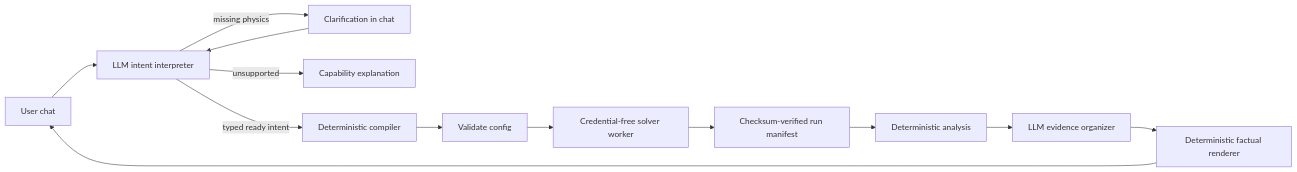
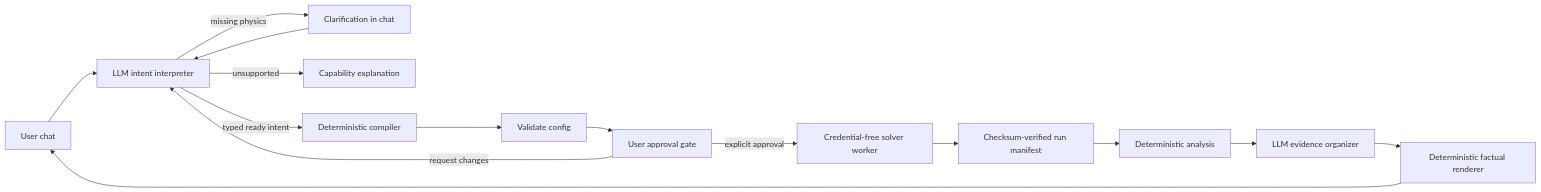
Before and after one commit to cdev911/AgenticTopologyOptimization: the diagram in README.md, drawn with Mermaid. The commit also changed other lines of this file and 16 other files, not shown here.

Commit message:
fix: require approval before solver runs

````diff
--- a/README.md
+++ b/README.md
@@ -44,15 +46,17 @@
 ```mermaid
 flowchart LR
     U[User chat] --> I[LLM intent interpreter]
     I -->|missing physics| C[Clarification in chat]
     C --> I
     I -->|unsupported| X[Capability explanation]
     I -->|typed ready intent| D[Deterministic compiler]
     D --> V[Validate config]
-    V --> R[Credential-free solver worker]
+    V --> Q[User approval gate]
+    Q -->|request changes| I
+    Q -->|explicit approval| R[Credential-free solver worker]
     R --> M[Checksum-verified run manifest]
     M --> A[Deterministic analysis]
     A --> E[LLM evidence organizer]
     E --> P[Deterministic factual renderer]
     P --> U
 ```
````
